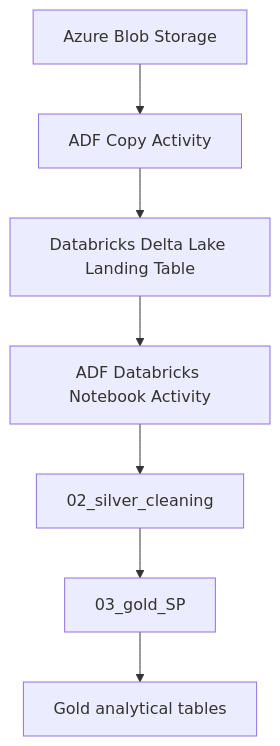
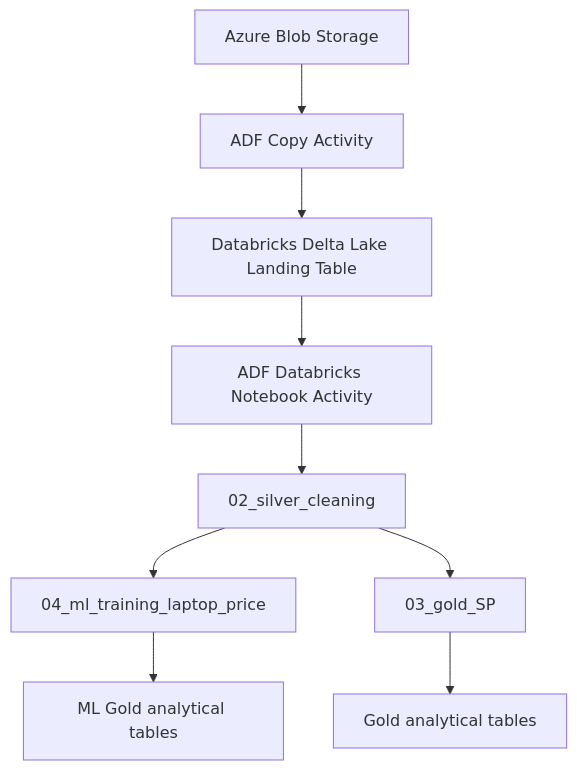
Before and after one commit to qqqqwer123/azure-databricks-laptop-price-lakehouse: the second of 3 diagrams in README.md, drawn with Mermaid. The commit also changed other lines of this file, not shown here.

````diff
--- a/README.md
+++ b/README.md
@@ -194,17 +203,20 @@
 ```mermaid
 flowchart TD
     A[Azure Blob Storage]
     B[ADF Copy Activity]
     C[Databricks Delta Lake Landing Table]
     D[ADF Databricks Notebook Activity]
     E[02_silver_cleaning]
     F[03_gold_SP]
     G[Gold analytical tables]
-
+    H[04_ml_training_laptop_price]
+    I[ML Gold analytical tables]
     A --> B
     B --> C
     C --> D
     D --> E
+    E --> H
     E --> F
     F --> G
+    H --> I
 ```
````
